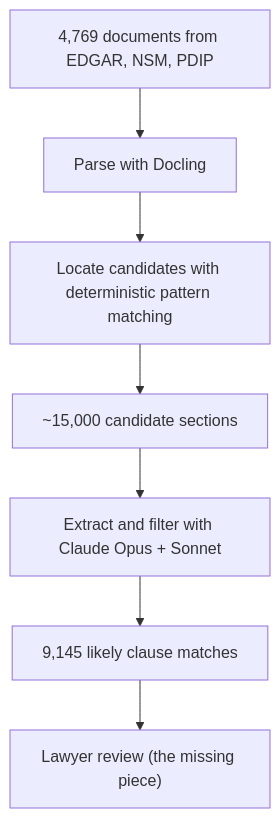
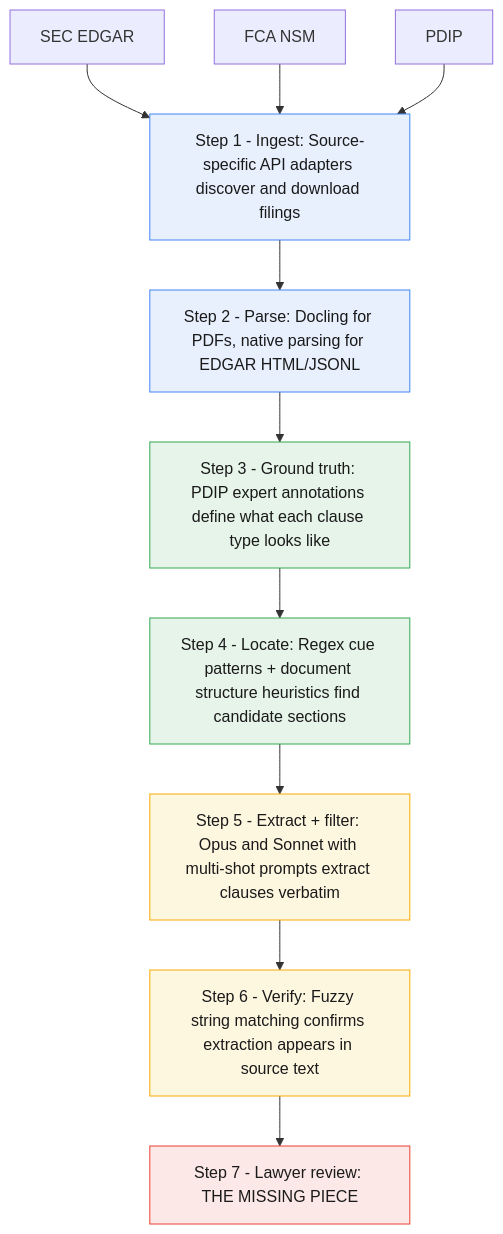
Before and after one commit to Teal-Insights/sovereign-prospectus-corpus: the diagram in demo/appendix-technical.qmd, drawn with Mermaid. The commit also changed other lines of this file, not shown here.

Commit message:
docs: technical appendix — matches pipeline steps, Docling + EDGAR parsing, accurate details

````diff
--- a/demo/appendix-technical.qmd
+++ b/demo/appendix-technical.qmd
@@ -5,10 +5,29 @@
 ```{mermaid}
-%%| fig-cap: "Each stage narrows the funnel. Lawyers only see the most likely matches."
+%%| fig-cap: "Detailed pipeline with technical components at each step"
 flowchart TD
-    A["4,769 documents from EDGAR, NSM, PDIP"] --> B["Parse with Docling"]
-    B --> C["Locate candidates with deterministic pattern matching"]
-    C --> D["~15,000 candidate sections"]
-    D --> E["Extract and filter with Claude Opus + Sonnet"]
-    E --> F["9,145 likely clause matches"]
-    F --> G["Lawyer review (the missing piece)"]
+    A["SEC EDGAR"] --> S1
+    B["FCA NSM"] --> S1
+    C["PDIP"] --> S1
+
+    S1["Step 1 - Ingest: Source-specific API adapters discover and download filings"] --> S2
+
+    S2["Step 2 - Parse: Docling for PDFs, native parsing for EDGAR HTML/JSONL"] --> S3
+
+    S3["Step 3 - Ground truth: PDIP expert annotations define what each clause type looks like"] --> S4
+
+    S4["Step 4 - Locate: Regex cue patterns + document structure heuristics find candidate sections"] --> S5
+
+    S5["Step 5 - Extract + filter: Opus and Sonnet with multi-shot prompts extract clauses verbatim"] --> S6
+
+    S6["Step 6 - Verify: Fuzzy string matching confirms extraction appears in source text"] --> S7
+
+    S7["Step 7 - Lawyer review: THE MISSING PIECE"]
+
+    style S1 fill:#e8f0fe,stroke:#4285f4,color:#1a1a1a
+    style S2 fill:#e8f0fe,stroke:#4285f4,color:#1a1a1a
+    style S3 fill:#e6f4ea,stroke:#34a853,color:#1a1a1a
+    style S4 fill:#e6f4ea,stroke:#34a853,color:#1a1a1a
+    style S5 fill:#fef7e0,stroke:#f9ab00,color:#1a1a1a
+    style S6 fill:#fef7e0,stroke:#f9ab00,color:#1a1a1a
+    style S7 fill:#fce8e6,stroke:#ea4335,color:#1a1a1a
 ```
````
